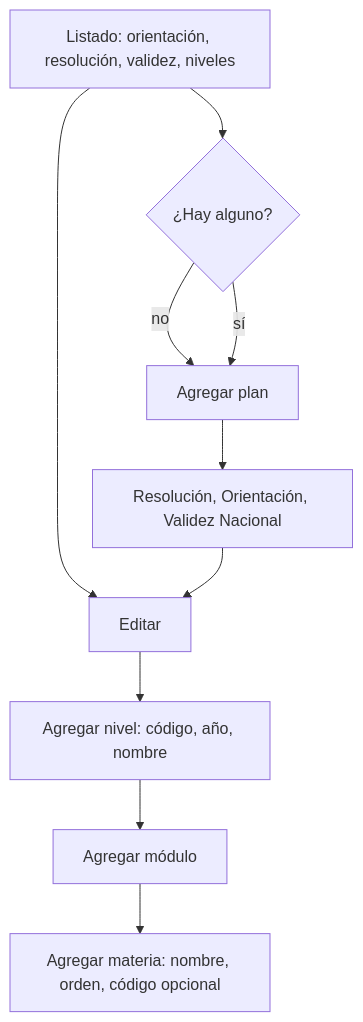
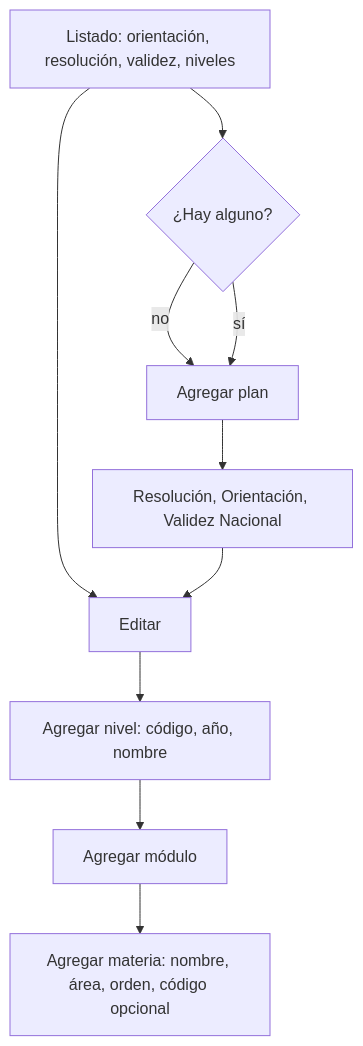
The second of 2 diagrams in docs/PLAN_REDISENO.md (NahuelPardo89/ceijahigueras), drawn with Mermaid before and after one commit. The commit also changed other lines of this file, not shown here.

````diff
--- a/docs/PLAN_REDISENO.md
+++ b/docs/PLAN_REDISENO.md
@@ -421,12 +433,12 @@
 ```mermaid
 flowchart TD
   lista["Listado: orientación, resolución, validez, niveles"] --> vacio{"¿Hay alguno?"}
   vacio -->|no| alta["Agregar plan"]
   vacio -->|sí| alta
   lista --> editor["Editar"]
   alta --> datos["Resolución, Orientación, Validez Nacional"]
   datos --> editor
   editor --> nivel["Agregar nivel: código, año, nombre"]
   nivel --> modulo["Agregar módulo"]
-  modulo --> materia["Agregar materia: nombre, orden, código opcional"]
+  modulo --> materia["Agregar materia: nombre, área, orden, código opcional"]
 ```
````
